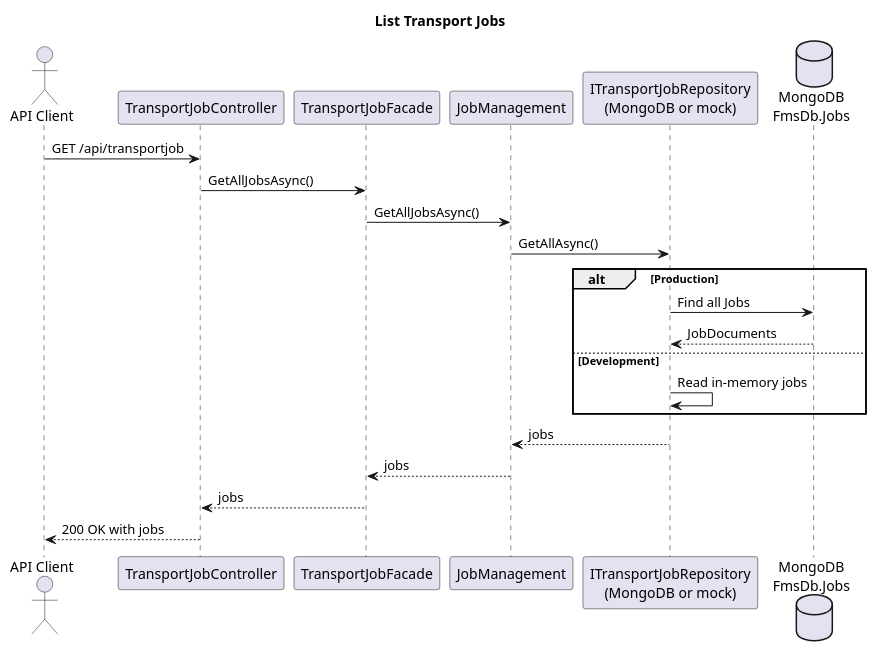
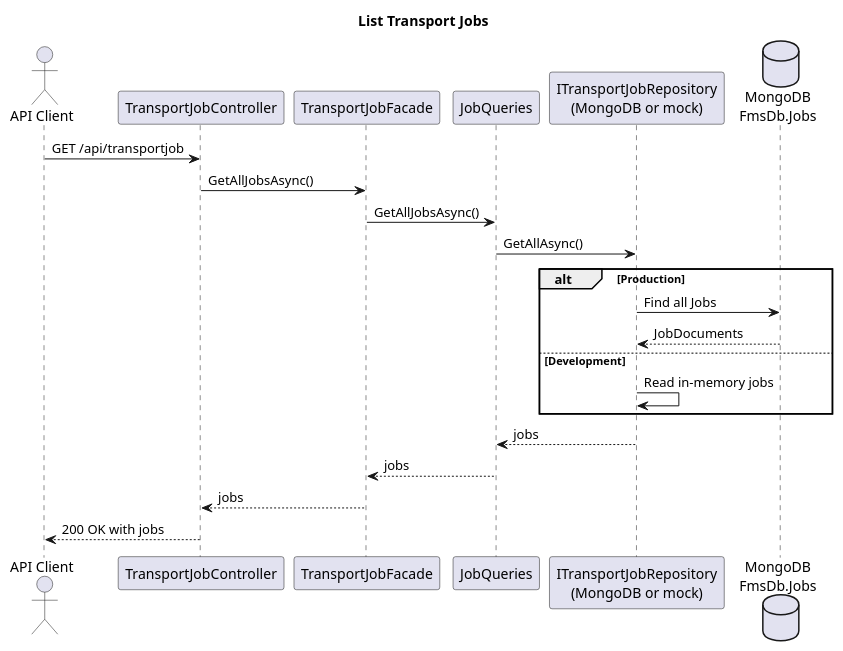
The diagram in docs/design/use-cases/list-transport-jobs/sequence.puml (doradora58/FMS), drawn with PlantUML before and after one commit. The commit also changed 41 other files, not shown here.

```diff
--- a/docs/design/use-cases/list-transport-jobs/sequence.puml
+++ b/docs/design/use-cases/list-transport-jobs/sequence.puml
@@ -1,25 +1,25 @@
 @startuml FMS_List_Transport_Jobs
 title List Transport Jobs
 
 actor "API Client" as Client
 participant "TransportJobController" as Controller
 participant "TransportJobFacade" as Facade
-participant "JobManagement" as Management
+participant "JobQueries" as Queries
 participant "ITransportJobRepository\n(MongoDB or mock)" as Repository
 database "MongoDB\nFmsDb.Jobs" as Mongo
 
 Client -> Controller : GET /api/transportjob
 Controller -> Facade : GetAllJobsAsync()
-Facade -> Management : GetAllJobsAsync()
-Management -> Repository : GetAllAsync()
+Facade -> Queries : GetAllJobsAsync()
+Queries -> Repository : GetAllAsync()
 alt Production
   Repository -> Mongo : Find all Jobs
   Mongo --> Repository : JobDocuments
 else Development
   Repository -> Repository : Read in-memory jobs
 end
-Repository --> Management : jobs
-Management --> Facade : jobs
+Repository --> Queries : jobs
+Queries --> Facade : jobs
 Facade --> Controller : jobs
 Controller --> Client : 200 OK with jobs
 @enduml
```
